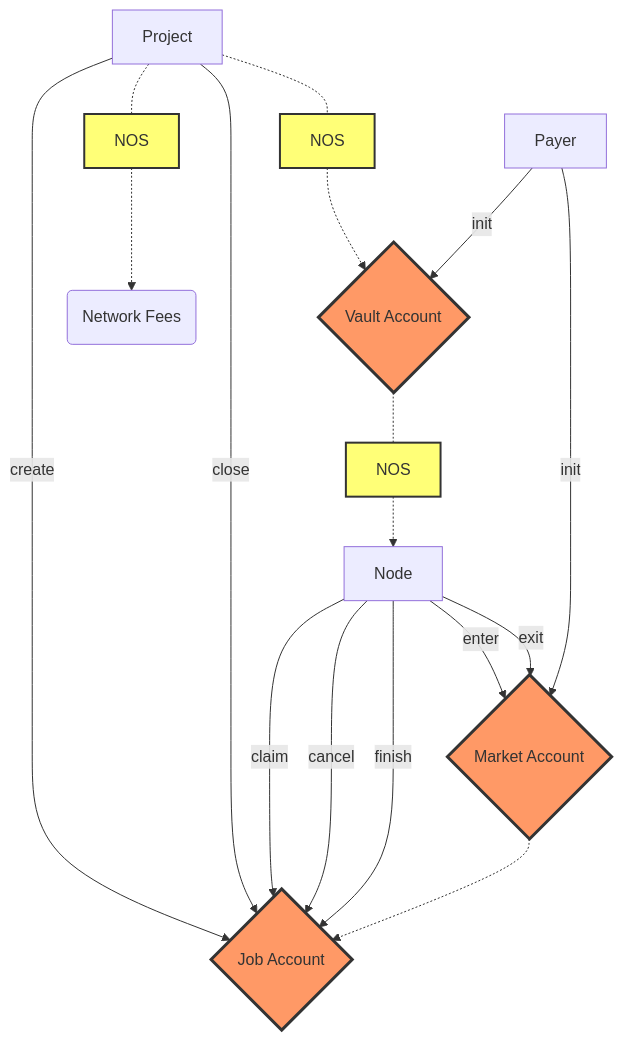
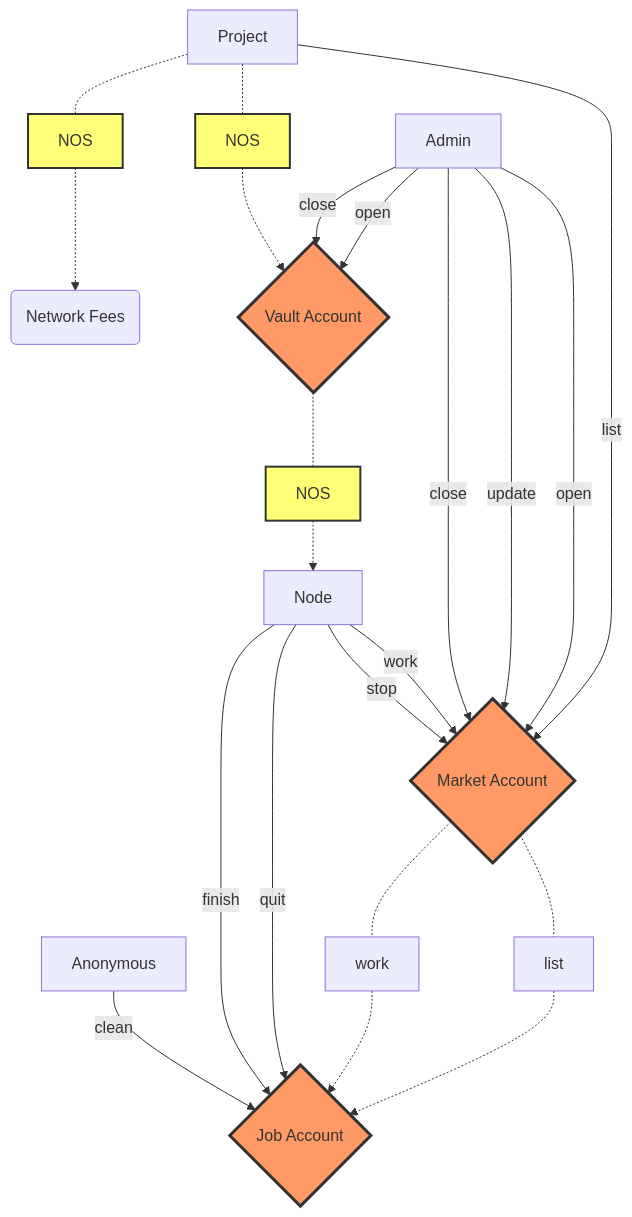
Before and after one commit to nosana-ci/docs.nosana.io: the diagram in docs/programs/jobs.md, drawn with Mermaid. The commit also changed other lines of this file and 3 other files, not shown here.

````diff
--- a/docs/programs/jobs.md
+++ b/docs/programs/jobs.md
@@ -585,24 +523,30 @@
 ```mermaid
 flowchart TB
-    Project -- create --> di2{Job Account}
-    Project -- close --> di2{Job Account}
+    Project -- list --> di1{Market Account}
+    
+    Anonymous -- clean --> di2{Job Account}
 
-    Node -- enter --> di1{Market Account}
-    Node -- exit --> di1{Market Account}
-    Node -- claim --> di2{Job Account}
-    Node -- cancel --> di2{Job Account}
+    Node -- work --> di1{Market Account}
+    Node -- stop --> di1{Market Account}
+    
+    Node -- quit --> di2{Job Account}
     Node -- finish --> di2{Job Account}
-    di1{Market Account} -.-> di2{Job Account}
+    
+    di1{Market Account} -.- list -.-> di2{Job Account}
+    di1{Market Account} -.- work -.-> di2{Job Account}
 
     Project -.- sq1[NOS] -.-> di3{Vault Account} -.- sq2[NOS] -.-> Node
     Project -.- sq3[NOS] -.-> ci(Network Fees)
 
-    Payer -- init --> di1{Market Account}
-    Payer -- init --> di3{Vault Account}
+    Admin -- open --> di1{Market Account}
+    Admin -- update --> di1{Market Account}
+    Admin -- close --> di1{Market Account}
+    Admin -- open --> di3{Vault Account}
+    Admin -- close --> di3{Vault Account}
 
     classDef orange fill:#f96,stroke:#333,stroke-width:3px;
     classDef yellow fill:#ff7,stroke:#333,stroke-width:2px;
 
     class di1,di2,di3 orange
     class sq1,sq2,sq3 yellow
 ```
````
